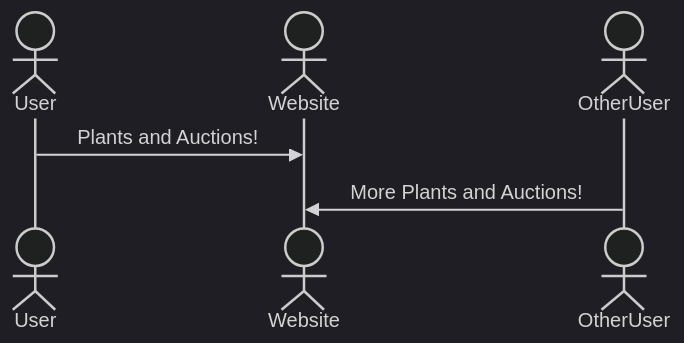
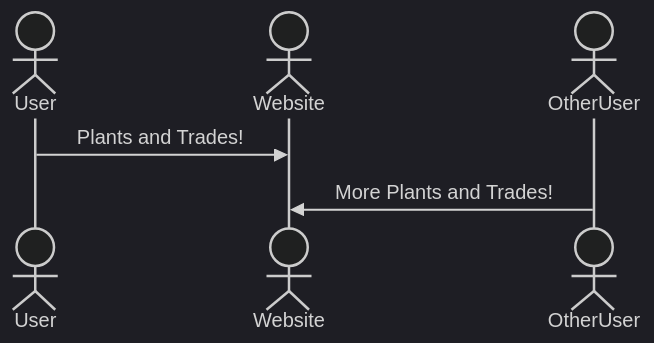
The diagram in README.md (Lmannumb/startup), drawn with Mermaid (dark theme) before and after one commit. The commit also changed other lines of this file and 2 other files, not shown here.

````diff
--- a/README.md
+++ b/README.md
@@ -35,8 +35,8 @@
 ```mermaid
 sequenceDiagram
     actor User
     actor Website
     actor OtherUser
-    User->>Website: Plants and Auctions!
-    OtherUser->>Website: More Plants and Auctions!
+    User->>Website: Plants and Trades!
+    OtherUser->>Website: More Plants and Trades!
 ```
````
